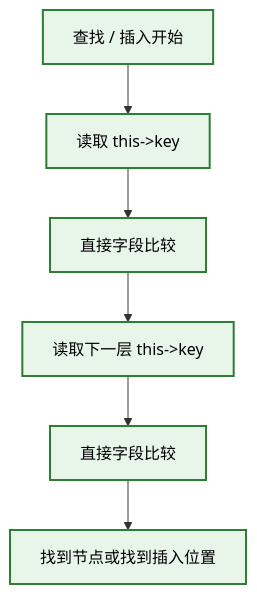
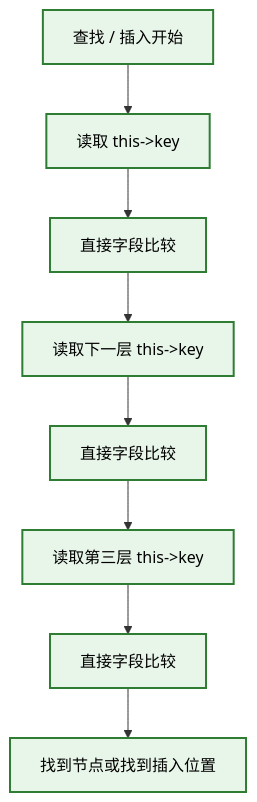
Diagram 16 of 51 in knowledge/linux/data_structures/红黑树_rb-tree/P09_Linux_6.12_内核_rbtree_嵌入式节点与使用者接口.md (FormingSystem/linux_note), drawn with Mermaid before and after one commit. The commit also changed other lines of this file and 11 other files, not shown here.

````diff
--- a/knowledge/linux/data_structures/红黑树_rb-tree/P09_Linux_6.12_内核_rbtree_嵌入式节点与使用者接口.md
+++ b/knowledge/linux/data_structures/红黑树_rb-tree/P09_Linux_6.12_内核_rbtree_嵌入式节点与使用者接口.md
@@ -1104,18 +1181,22 @@
 ```mermaid
 graph TD
 	search_start["查找 / 插入开始"]
 	level_1["读取 this->key"]
 	direct_cmp_1["直接字段比较"]
 	level_2["读取下一层 this->key"]
 	direct_cmp_2["直接字段比较"]
+	level_3["读取第三层 this->key"]
+	direct_cmp_3["直接字段比较"]
 	search_end["找到节点或找到插入位置"]
 
 	search_start --> level_1
 	level_1 --> direct_cmp_1
 	direct_cmp_1 --> level_2
 	level_2 --> direct_cmp_2
-	direct_cmp_2 --> search_end
+	direct_cmp_2 --> level_3
+	level_3 --> direct_cmp_3
+	direct_cmp_3 --> search_end
 
 	classDef good fill:#e8f5e9,stroke:#2e7d32,color:#000,stroke-width:2px;
-	class search_start,level_1,direct_cmp_1,level_2,direct_cmp_2,search_end good;
+	class search_start,level_1,direct_cmp_1,level_2,direct_cmp_2,level_3,direct_cmp_3,search_end good;
 ```
````
